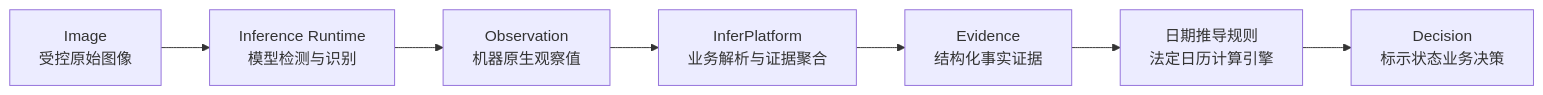
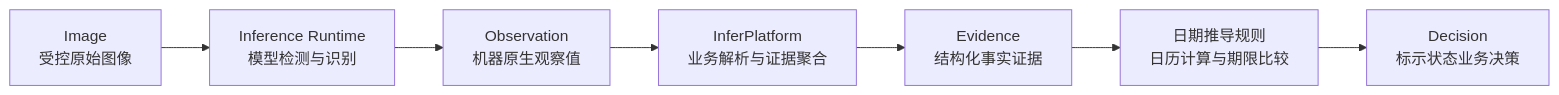
The diagram in contracts/DATA.md (QingMouFoodDate/ProjectPRD), drawn with Mermaid before and after one commit. The commit also changed other lines of this file and 15 other files, not shown here.

````diff
--- a/contracts/DATA.md
+++ b/contracts/DATA.md
@@ -10,9 +10,9 @@
 ```mermaid
 flowchart LR
     A["Image<br/>受控原始图像"] --> B["Inference Runtime<br/>模型检测与识别"]
     B --> C["Observation<br/>机器原生观察值"]
     C --> D["InferPlatform<br/>业务解析与证据聚合"]
     D --> E["Evidence<br/>结构化事实证据"]
-    E --> F["日期推导规则<br/>法定日历计算引擎"]
+    E --> F["日期推导规则<br/>日历计算与期限比较"]
     F --> G["Decision<br/>标示状态业务决策"]
 ```
````
